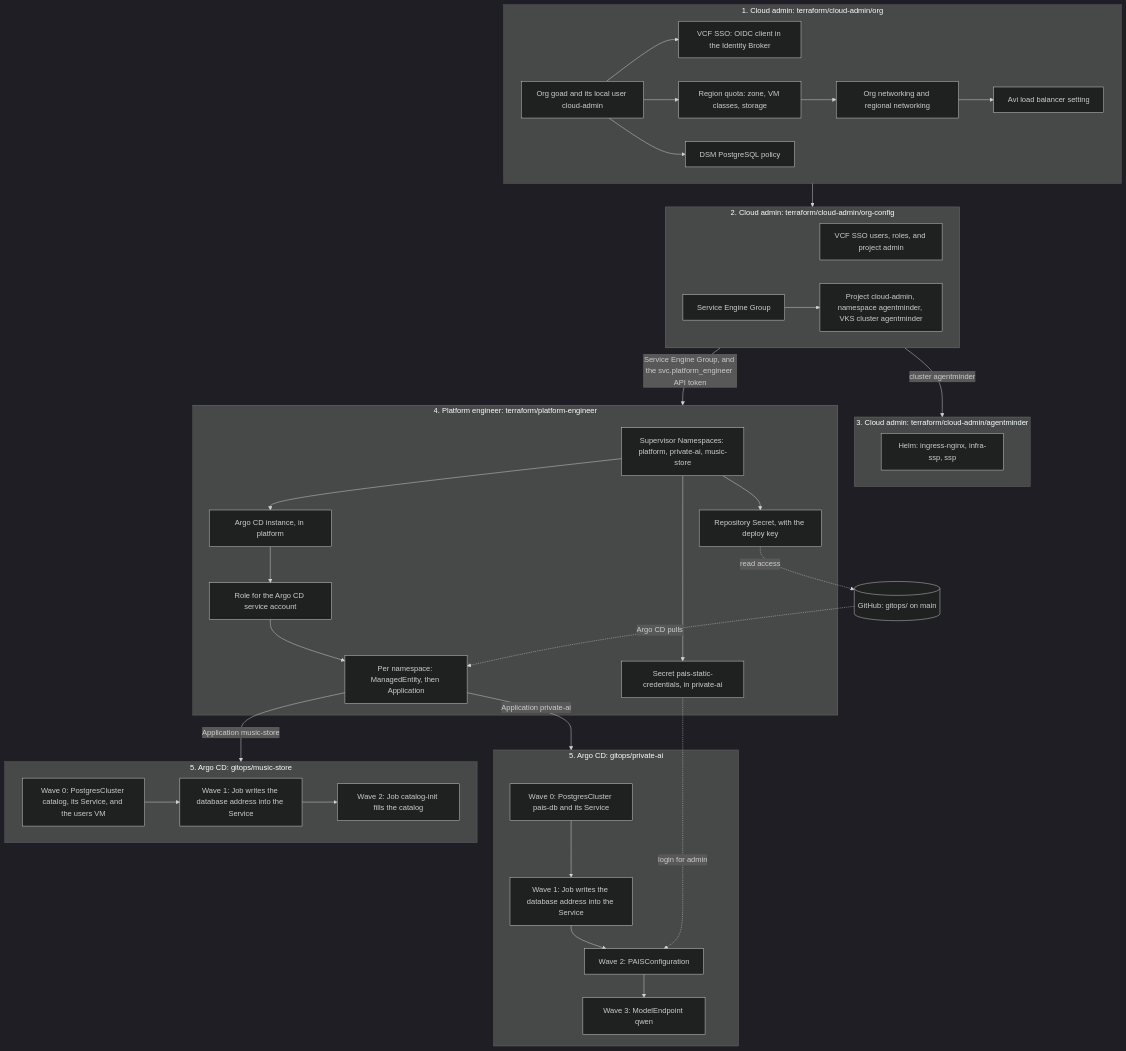
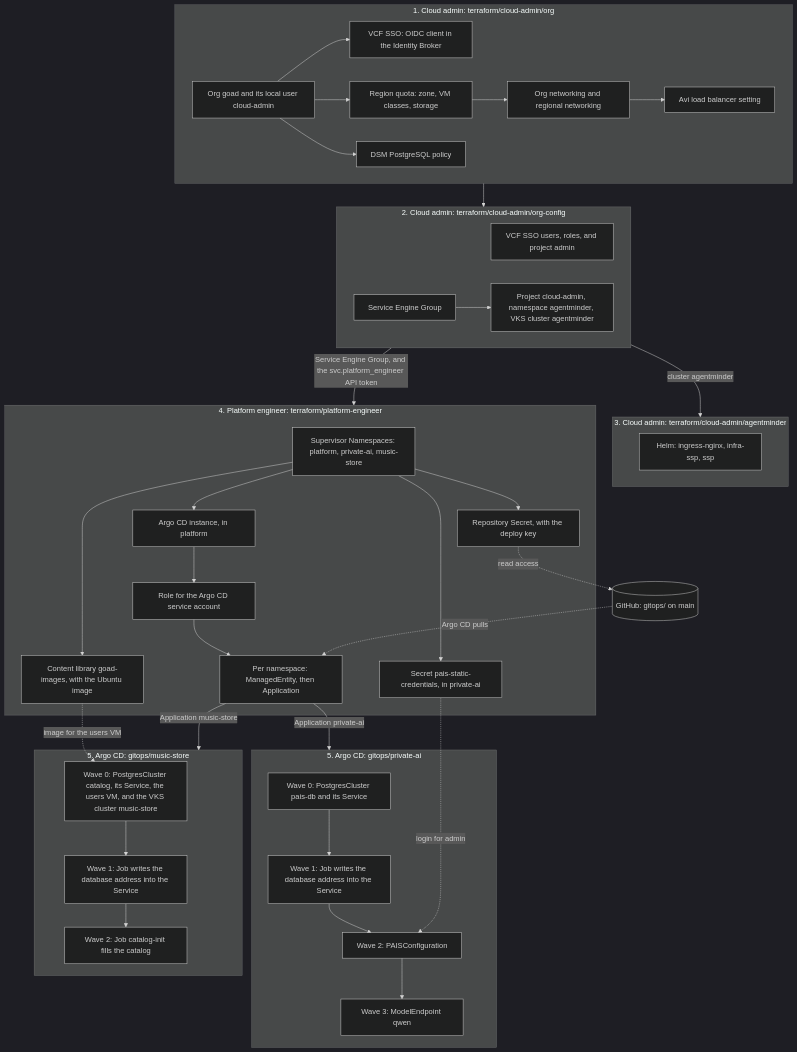
The diagram in README.md (modern-apps-5/the-goad), drawn with Mermaid (dark theme) before and after one commit. The commit also changed other lines of this file and 11 other files, not shown here.

First line of the commit message:
Add the music store's VKS cluster to gitops, and fix the users VM.

````diff
--- a/README.md
+++ b/README.md
@@ -35,63 +36,66 @@
 ```mermaid
 flowchart TD
     subgraph cloud_admin["1. Cloud admin: terraform/cloud-admin/org"]
         org["Org goad and its local user cloud-admin"]
         sso["VCF SSO: OIDC client in the Identity Broker"]
         quota["Region quota: zone, VM classes, storage"]
         networking["Org networking and regional networking"]
         avi_setting["Avi load balancer setting"]
         dsm_policy["DSM PostgreSQL policy"]
         org --> sso
         org --> quota --> networking --> avi_setting
         org --> dsm_policy
     end
 
     subgraph org_config["2. Cloud admin: terraform/cloud-admin/org-config"]
         users["VCF SSO users, roles, and project admin"]
         seg["Service Engine Group"]
         am_cluster["Project cloud-admin, namespace agentminder, VKS cluster agentminder"]
         seg --> am_cluster
     end
 
     subgraph agentminder["3. Cloud admin: terraform/cloud-admin/agentminder"]
         am_helm["Helm: ingress-nginx, infra-ssp, ssp"]
     end
 
     subgraph platform_engineer["4. Platform engineer: terraform/platform-engineer"]
         namespaces["Supervisor Namespaces: platform, private-ai, music-store"]
         argocd["Argo CD instance, in platform"]
         role["Role for the Argo CD service account"]
         repo_secret["Repository Secret, with the deploy key"]
         pais_secret["Secret pais-static-credentials, in private-ai"]
         handoff["Per namespace: ManagedEntity, then Application"]
+        images["Content library goad-images, with the Ubuntu image"]
         namespaces --> argocd --> role --> handoff
         namespaces --> repo_secret
         namespaces --> pais_secret
+        namespaces --> images
     end
 
     git[("GitHub: gitops/ on main")]
 
     subgraph private_ai["5. Argo CD: gitops/private-ai"]
         pais_wave0["Wave 0: PostgresCluster pais-db and its Service"]
         pais_wave1["Wave 1: Job writes the database address into the Service"]
         pais_wave2["Wave 2: PAISConfiguration"]
         pais_wave3["Wave 3: ModelEndpoint qwen"]
         pais_wave0 --> pais_wave1 --> pais_wave2 --> pais_wave3
     end
 
     subgraph music_store["5. Argo CD: gitops/music-store"]
-        shop_wave0["Wave 0: PostgresCluster catalog, its Service, and the users VM"]
+        shop_wave0["Wave 0: PostgresCluster catalog, its Service, the users VM, and the VKS cluster music-store"]
         shop_wave1["Wave 1: Job writes the database address into the Service"]
         shop_wave2["Wave 2: Job catalog-init fills the catalog"]
         shop_wave0 --> shop_wave1 --> shop_wave2
     end
 
     cloud_admin --> org_config
     org_config -->|"cluster agentminder"| agentminder
     org_config -->|"Service Engine Group, and the svc.platform_engineer API token"| platform_engineer
     repo_secret -.->|"read access"| git
     git -.->|"Argo CD pulls"| handoff
     handoff -->|"Application private-ai"| private_ai
     handoff -->|"Application music-store"| music_store
     pais_secret -.->|"login for admin"| pais_wave2
+    images -.->|"image for the users VM"| shop_wave0
 ```
````
